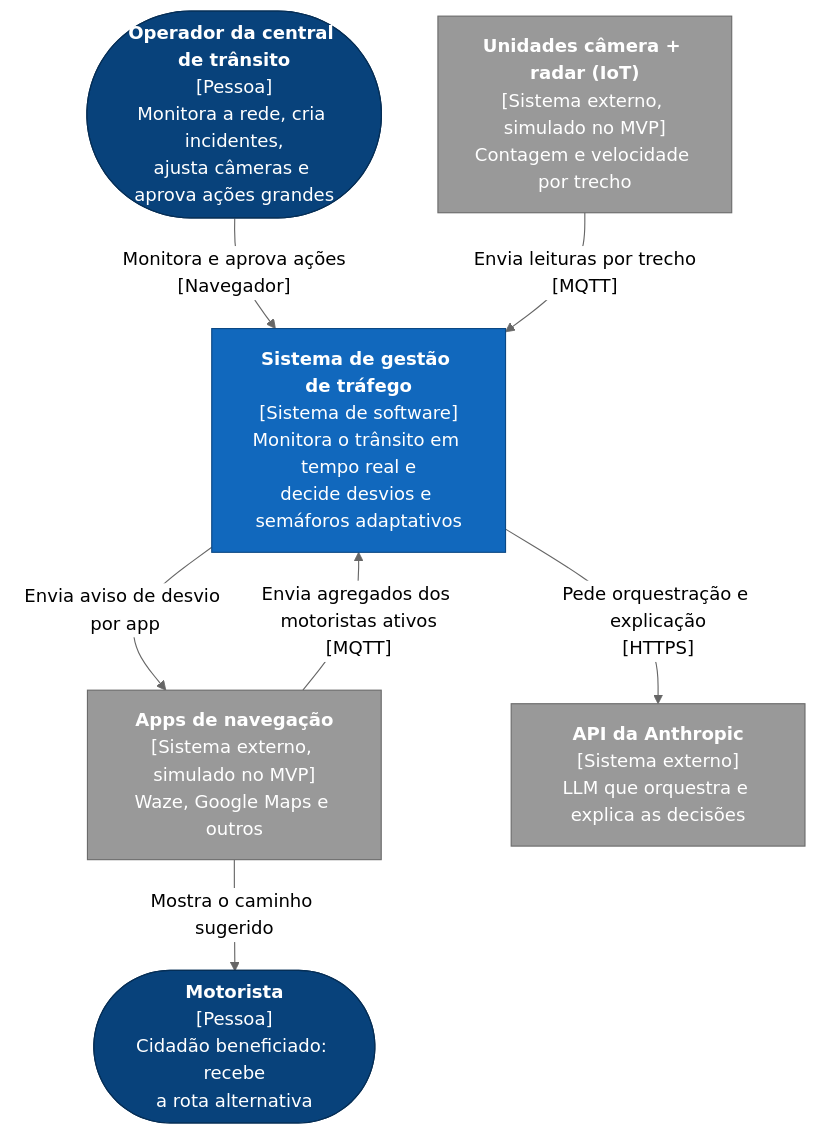
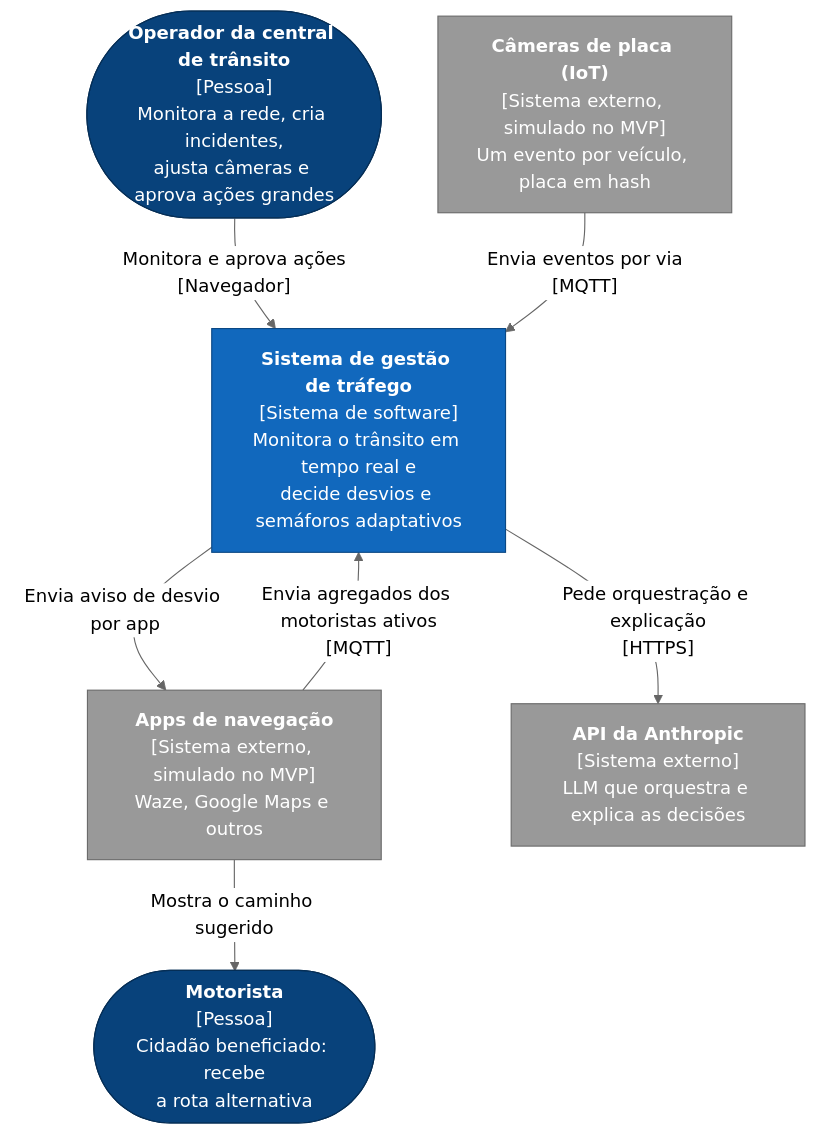
Before and after one commit to EdsonHenrique96/global-solution-2: the second of 3 diagrams in 2TIAO/GLOBAL-SOLUTION-2/GETTING_STARTED.md, drawn with Mermaid (neutral theme). The commit also changed other lines of this file and 50 other files, not shown here.

````diff
--- a/2TIAO/GLOBAL-SOLUTION-2/GETTING_STARTED.md
+++ b/2TIAO/GLOBAL-SOLUTION-2/GETTING_STARTED.md
@@ -67,25 +69,25 @@
 ```mermaid
 flowchart TB
     operador(["<b>Operador da central de trânsito</b><br/>[Pessoa]<br/>Monitora a rede, cria incidentes,<br/>ajusta câmeras e aprova ações grandes"])
     motorista(["<b>Motorista</b><br/>[Pessoa]<br/>Cidadão beneficiado: recebe<br/>a rota alternativa"])
 
     sistema["<b>Sistema de gestão de tráfego</b><br/>[Sistema de software]<br/>Monitora o trânsito em tempo real e<br/>decide desvios e semáforos adaptativos"]
 
-    cameras["<b>Unidades câmera + radar (IoT)</b><br/>[Sistema externo, simulado no MVP]<br/>Contagem e velocidade por trecho"]
+    cameras["<b>Câmeras de placa (IoT)</b><br/>[Sistema externo, simulado no MVP]<br/>Um evento por veículo, placa em hash"]
     apps["<b>Apps de navegação</b><br/>[Sistema externo, simulado no MVP]<br/>Waze, Google Maps e outros"]
     llm["<b>API da Anthropic</b><br/>[Sistema externo]<br/>LLM que orquestra e explica as decisões"]
 
     operador -- "Monitora e aprova ações<br/>[Navegador]" --> sistema
-    cameras -- "Envia leituras por trecho<br/>[MQTT]" --> sistema
+    cameras -- "Envia eventos por via<br/>[MQTT]" --> sistema
     sistema -- "Pede orquestração e explicação<br/>[HTTPS]" --> llm
     apps -- "Envia agregados dos motoristas ativos<br/>[MQTT]" --> sistema
     sistema -- "Envia aviso de desvio por app" --> apps
     apps -- "Mostra o caminho sugerido" --> motorista
 
     classDef person fill:#08427b,stroke:#052e56,color:#fff
     classDef system fill:#1168bd,stroke:#0b4884,color:#fff
     classDef external fill:#999,stroke:#6b6b6b,color:#fff
     class operador,motorista person
     class sistema system
     class cameras,apps,llm external
 ```
````
